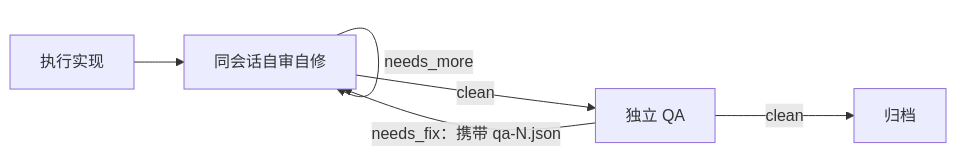
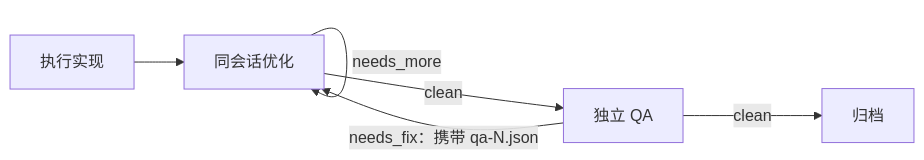
One commit to xbugs221/oz changed the fourth of 4 diagrams in README.md. Above: the diagram before and after it, drawn with Mermaid. The commit also changed other lines of this file and 19 other files, not shown here.

````diff
--- a/README.md
+++ b/README.md
@@ -117,8 +117,8 @@
 ```mermaid
 flowchart LR
-    E["执行实现"] --> R["同会话自审自修"]
+    E["执行实现"] --> R["同会话优化"]
     R -->|"needs_more"| R
     R -->|"clean"| Q["独立 QA"]
     Q -->|"needs_fix：携带 qa-N.json"| R
     Q -->|"clean"| A["归档"]
 ```
````
